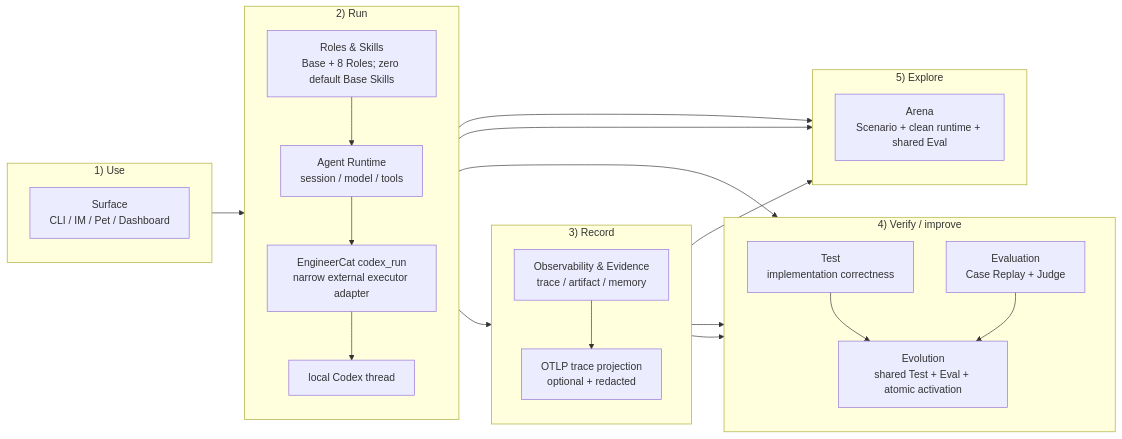
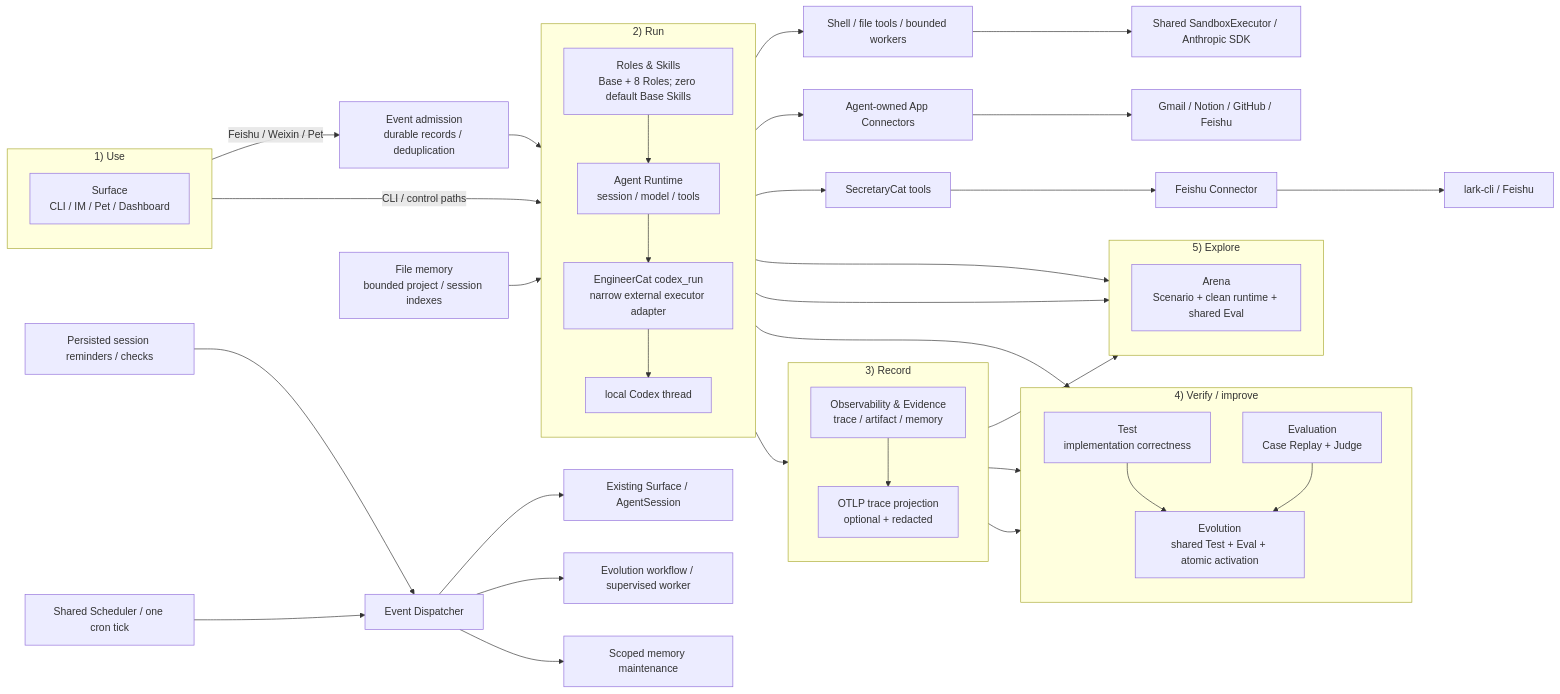
Before and after one commit to fightheyyy/xiaobaOS: the first of 2 diagrams in docs/SPEC.md, drawn with Mermaid. The commit also changed other lines of this file and 129 other files, not shown here.

Commit message:
feat: add personal agent events, memory, connectors and sandbox runtime

````diff
--- a/docs/SPEC.md
+++ b/docs/SPEC.md
@@ -63,44 +64,59 @@
 ```mermaid
 flowchart LR
+    Runtime --> Execution["Shell / file tools / bounded workers"]
+    Execution --> Sandbox["Shared SandboxExecutor / Anthropic SDK"]
+    Runtime --> Connector["Agent-owned App Connectors"]
+    Connector --> Apps["Gmail / Notion / GitHub / Feishu"]
+    SessionTimer["Persisted session reminders / checks"] --> ScheduledEvents
+    ScheduledEvents --> SessionWake["Existing Surface / AgentSession"]
+    DailyScheduler["Shared Scheduler / one cron tick"] --> ScheduledEvents["Event Dispatcher"]
+    ScheduledEvents --> EvolutionConsumer["Evolution workflow / supervised worker"]
+    ScheduledEvents --> MemoryConsumer["Scoped memory maintenance"]
     subgraph Use["1) Use"]
         direction TB
         Surface["Surface<br/>CLI / IM / Pet / Dashboard"]
     end
     subgraph Run["2) Run"]
         direction TB
         Runtime["Agent Runtime<br/>session / model / tools"]
         Policy["Roles & Skills<br/>Base + 8 Roles; zero default Base Skills"]
         CodexAdapter["EngineerCat codex_run<br/>narrow external executor adapter"]
         Codex["local Codex thread"]
     end
     subgraph Facts["3) Record"]
         direction TB
         Evidence["Observability & Evidence<br/>trace / artifact / memory"]
         Otel["OTLP trace projection<br/>optional + redacted"]
     end
     subgraph Learn["4) Verify / improve"]
         direction TB
         Test["Test<br/>implementation correctness"]
         Evaluation["Evaluation<br/>Case Replay + Judge"]
         Improve["Evolution<br/>shared Test + Eval + atomic activation"]
     end
     subgraph Review["5) Explore"]
         direction TB
         Arena["Arena<br/>Scenario + clean runtime + shared Eval"]
     end
 
-    Surface --> Runtime
+    Surface -->|Feishu / Weixin / Pet| Event["Event admission<br/>durable records / deduplication"]
+    Event --> Runtime
+    Surface -->|CLI / control paths| Runtime
+    Runtime --> AppTools["SecretaryCat tools"]
+    AppTools --> FeishuConnector["Feishu Connector"]
+    FeishuConnector --> Feishu["lark-cli / Feishu"]
     Policy --> Runtime
     Runtime --> CodexAdapter
     CodexAdapter --> Codex
+    MemoryFiles["File memory<br/>bounded project / session indexes"] --> Runtime
     Runtime --> Evidence
     Evidence --> Otel
     Runtime --> Test
     Evidence --> Evaluation
     Evidence --> Improve
     Runtime --> Arena
     Policy --> Arena
     Evidence --> Arena
     Test --> Improve
     Evaluation --> Improve
 ```
````
